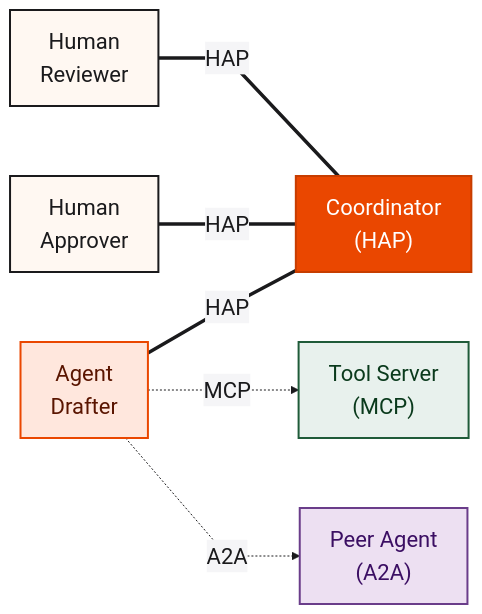
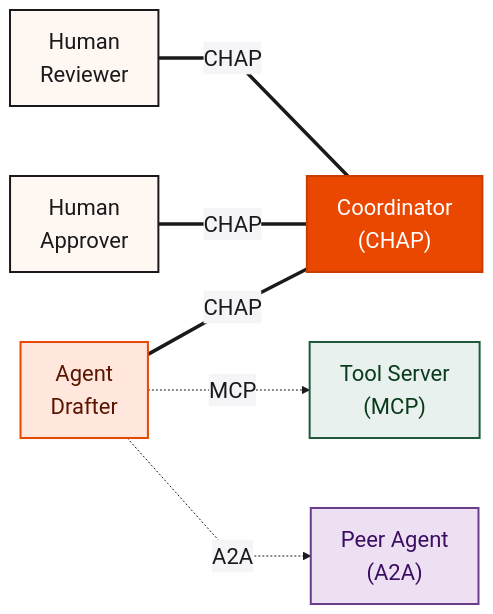
Before and after one commit to BrightbeamAI/chap: the first of 9 diagrams in ARCHITECTURE.md, drawn with Mermaid. The commit also changed other lines of this file and 59 other files, not shown here.

Commit message:
HAP: renamed to CHAP

````diff
--- a/ARCHITECTURE.md
+++ b/ARCHITECTURE.md
@@ -13,35 +13,35 @@
 ```mermaid
 %%{init: {
   "theme": "base",
   "themeVariables": {
     "fontSize": "22px",
     "fontFamily": "Arial, Helvetica, sans-serif",
     "primaryColor": "#ffffff",
     "primaryTextColor": "#1a1a1c",
     "primaryBorderColor": "#1a1a1c",
     "lineColor": "#1a1a1c",
     "secondaryColor": "#f5f5f7",
     "tertiaryColor": "#FFF8F2"
   },
   "flowchart": { "curve": "linear", "nodeSpacing": 70, "rankSpacing": 90 }
 }}%%
 flowchart LR
     classDef human  fill:#FFF8F2,stroke:#1a1a1c,stroke-width:2px,color:#1a1a1c
     classDef agent  fill:#FFE7DD,stroke:#EA4700,stroke-width:2px,color:#5a1500
     classDef coord  fill:#EA4700,stroke:#C73D00,stroke-width:2px,color:#ffffff
     classDef tool   fill:#E8F1ED,stroke:#1f5b39,stroke-width:2px,color:#0a3a1c
     classDef peer   fill:#EDE0F2,stroke:#6a3d8a,stroke-width:2px,color:#3b0e63
 
     H1["Human<br/>Reviewer"]:::human
     H2["Human<br/>Approver"]:::human
     A1["Agent<br/>Drafter"]:::agent
-    C["Coordinator<br/>(HAP)"]:::coord
+    C["Coordinator<br/>(CHAP)"]:::coord
     T["Tool Server<br/>(MCP)"]:::tool
     P["Peer Agent<br/>(A2A)"]:::peer
 
-    H1 ===|HAP| C
-    H2 ===|HAP| C
-    A1 ===|HAP| C
+    H1 ===|CHAP| C
+    H2 ===|CHAP| C
+    A1 ===|CHAP| C
     A1 -.->|MCP| T
     A1 -.->|A2A| P
 ```
````
